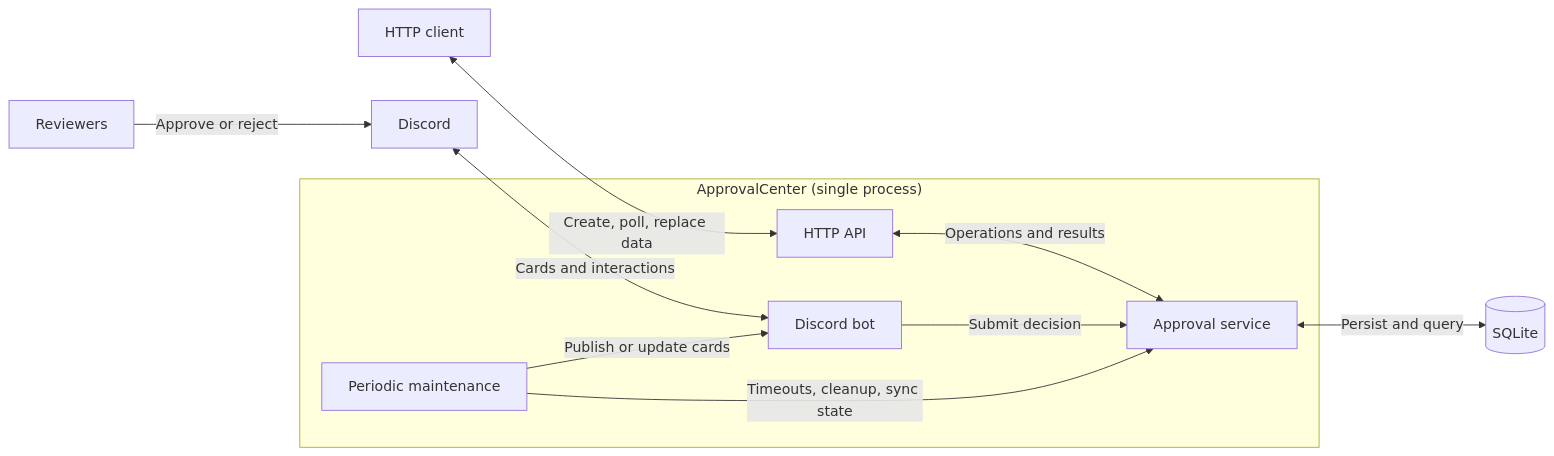
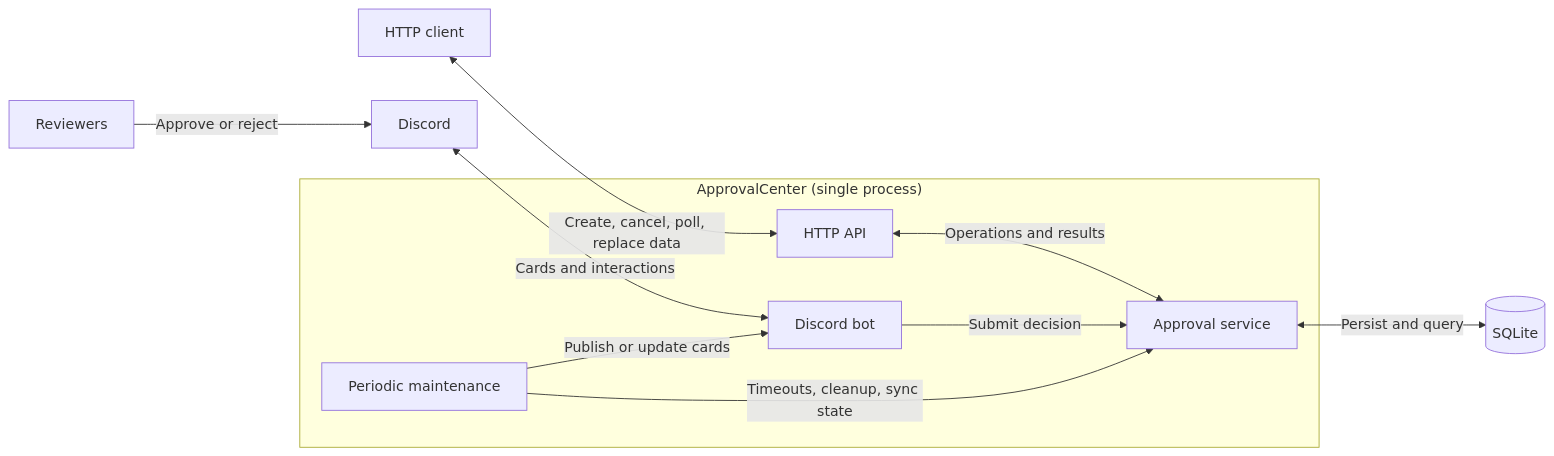
The diagram in README.md (OSTC-Lab/ApprovalCenter), drawn with Mermaid before and after one commit. The commit also changed other lines of this file and 8 other files, not shown here.

````diff
--- a/README.md
+++ b/README.md
@@ -21,23 +22,23 @@
 ```mermaid
 flowchart LR
     client["HTTP client"]
     reviewers["Reviewers"]
     platform["Discord"]
     database[("SQLite")]
 
     subgraph center["ApprovalCenter (single process)"]
         api["HTTP API"]
         service["Approval service"]
         bot["Discord bot"]
         maintenance["Periodic maintenance"]
     end
 
-    client <-->|Create, poll, replace data| api
+    client <-->|Create, cancel, poll, replace data| api
     api <-->|Operations and results| service
     service <-->|Persist and query| database
     reviewers -->|Approve or reject| platform
     platform <-->|Cards and interactions| bot
     bot -->|Submit decision| service
     maintenance -->|Timeouts, cleanup, sync state| service
     maintenance -->|Publish or update cards| bot
 ```
````
